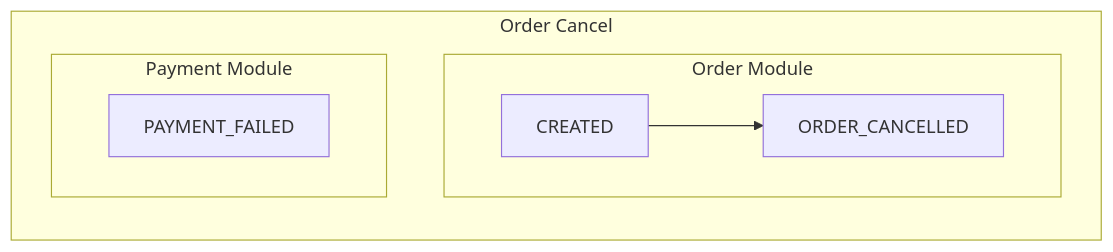
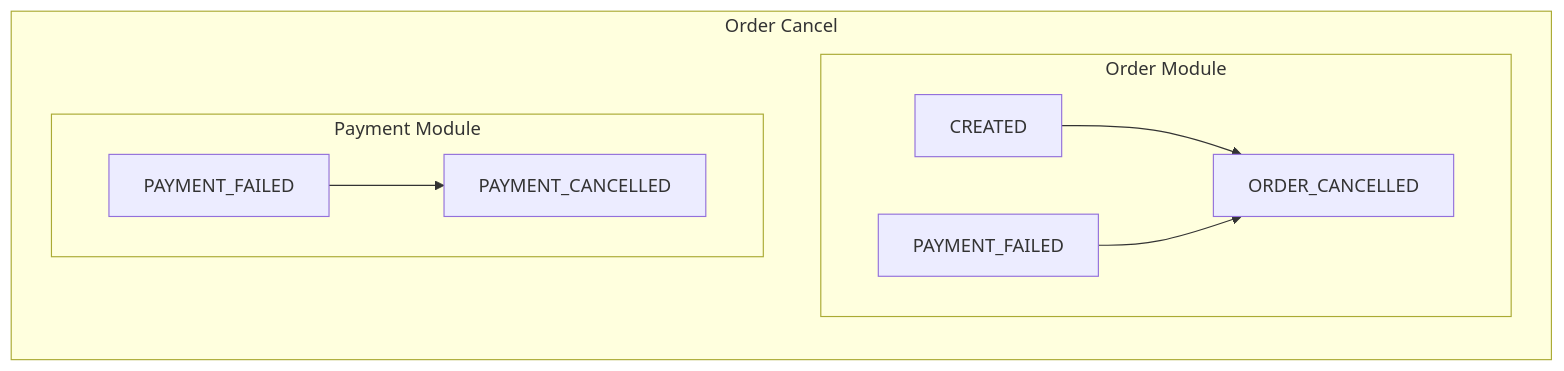
The fourth of 6 diagrams in README.md (codecraft87/eshop), drawn with Mermaid before and after one commit. The commit also changed other lines of this file, not shown here.

````diff
--- a/README.md
+++ b/README.md
@@ -187,11 +193,12 @@
 ```mermaid
 flowchart LR
     subgraph "Order Cancel"
         subgraph "Order Module"
             O_CREATED[CREATED] --> O_CANCELLED[ORDER_CANCELLED]
+            O_FAILED[PAYMENT_FAILED] --> O_CANCELLED[ORDER_CANCELLED]
         end
         subgraph "Payment Module"
-            P_FAILED[PAYMENT_FAILED]
+            P_FAILED[PAYMENT_FAILED] --> P_CANCELLED[PAYMENT_CANCELLED]
         end
     end
 ```
````
